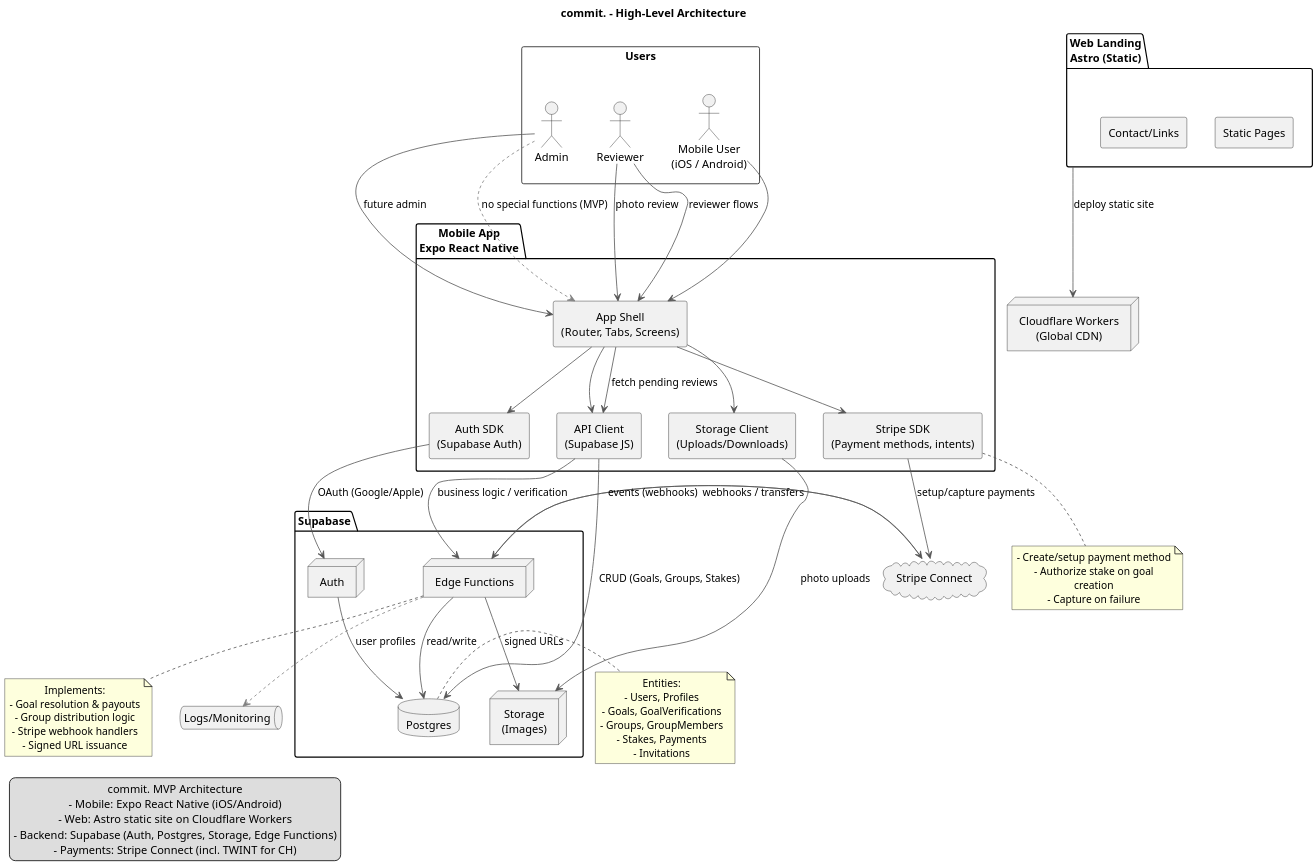
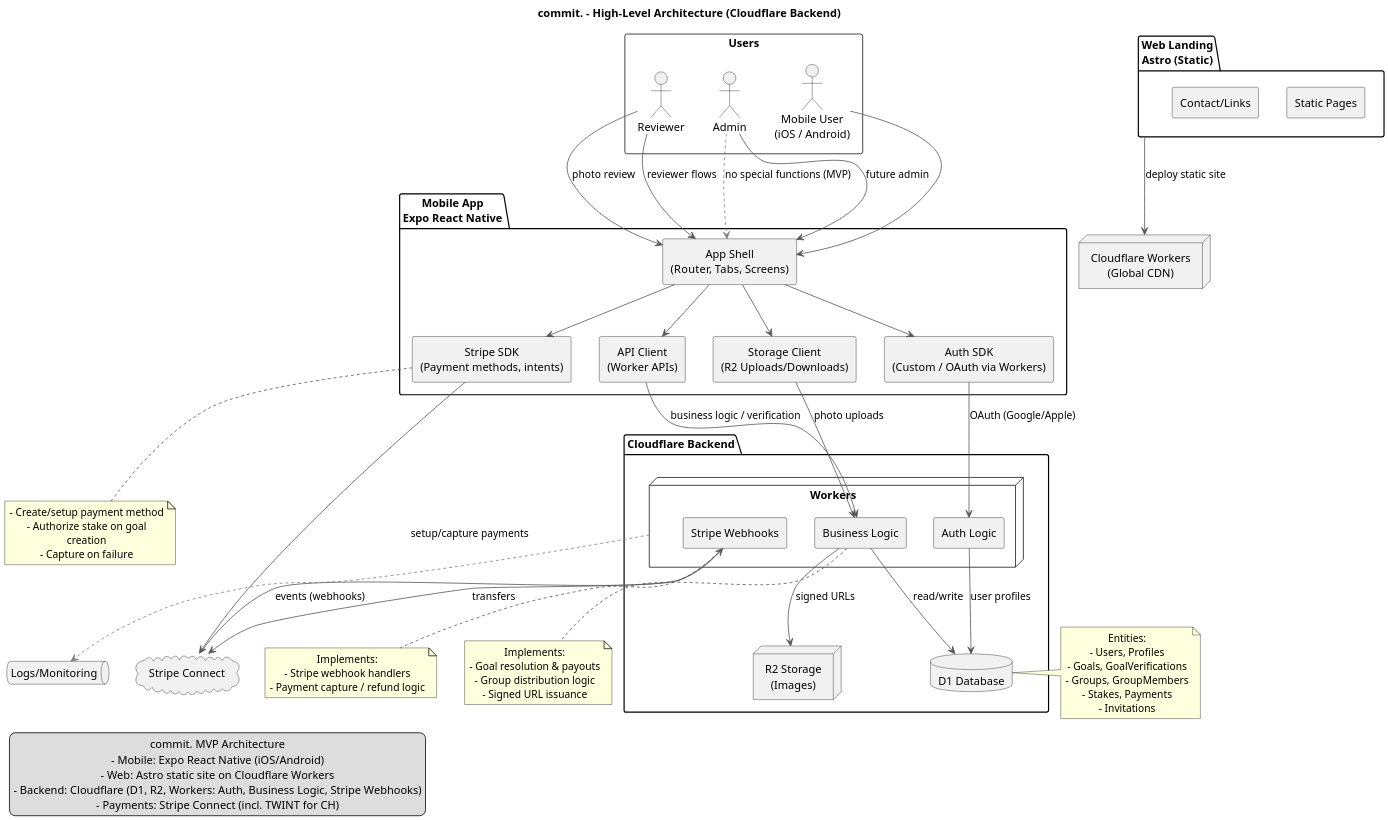
Before and after one commit to getcommitapp/commit: the diagram in docs/architecture.puml, drawn with PlantUML. The commit also changed 6 other files, not shown here.

First line of the commit message:
docs: migrate from supabase to cloudflare (#71)

```diff
--- a/docs/architecture.puml
+++ b/docs/architecture.puml
@@ -1,105 +1,111 @@
 @startuml architecture
-title commit. - High-Level Architecture
+title commit. - High-Level Architecture (Cloudflare Backend)
 
 skinparam componentStyle rectangle
 skinparam shadowing false
 skinparam defaultTextAlignment center
 skinparam wrapWidth 200
 skinparam dpi 180
 skinparam ArrowColor #555555
 skinparam ArrowThickness 1
 skinparam monochrome false
 
 legend left
   commit. MVP Architecture
   - Mobile: Expo React Native (iOS/Android)
   - Web: Astro static site on Cloudflare Workers
-  - Backend: Supabase (Auth, Postgres, Storage, Edge Functions)
+  - Backend: Cloudflare (D1, R2, Workers: Auth, Business Logic, Stripe Webhooks)
   - Payments: Stripe Connect (incl. TWINT for CH)
 endlegend
 
 rectangle "Users" as Users {
   actor "Mobile User\n(iOS / Android)" as MobileUser
   actor "Reviewer" as Reviewer
   actor "Admin" as Admin
 }
 
 package "Mobile App\nExpo React Native" as Mobile {
   [App Shell\n(Router, Tabs, Screens)] as AppShell
-  [Auth SDK\n(Supabase Auth)] as MobileAuth
-  [API Client\n(Supabase JS)] as MobileApi
-  [Storage Client\n(Uploads/Downloads)] as MobileStorage
+  [Auth SDK\n(Custom / OAuth via Workers)] as MobileAuth
+  [API Client\n(Worker APIs)] as MobileApi
+  [Storage Client\n(R2 Uploads/Downloads)] as MobileStorage
   [Stripe SDK\n(Payment methods, intents)] as MobileStripe
 }
 
 package "Web Landing\nAstro (Static)" as Web {
   [Static Pages]
   [Contact/Links]
 }
 
 node "Cloudflare Workers\n(Global CDN)" as CF
 Web -down-> CF : deploy static site
 
-package "Supabase" as Supabase {
-  node "Auth" as Auth
-  database "Postgres" as DB
-  node "Storage\n(Images)" as Storage
-  node "Edge Functions" as Edge
+package "Cloudflare Backend" as Cloudflare {
+  database "D1 Database" as DB
+  node "R2 Storage\n(Images)" as Storage
+  node "Workers" as Edge {
+    [Auth Logic] as Auth
+    [Business Logic] as BizLogic
+    [Stripe Webhooks] as StripeHooks
+  }
 }
 
 cloud "Stripe Connect" as Stripe
 
 MobileUser --> AppShell
 Reviewer --> AppShell : reviewer flows
 Admin --> AppShell : future admin
 
 AppShell --> MobileAuth
 AppShell --> MobileApi
 AppShell --> MobileStorage
 AppShell --> MobileStripe
 
 MobileAuth --> Auth : OAuth (Google/Apple)
-MobileApi --> DB : CRUD (Goals, Groups, Stakes)
-MobileStorage --> Storage : photo uploads
-MobileApi --> Edge : business logic / verification
+MobileStorage --> BizLogic : photo uploads
+MobileApi --> BizLogic : business logic / verification
 
-MobileStripe --> Stripe : setup/capture payments
-Edge --> Stripe : webhooks / transfers
-Stripe --> Edge : events (webhooks)
+MobileStripe -right-> Stripe : setup/capture payments
+Stripe -left-> StripeHooks : events (webhooks)
+StripeHooks -down-> Stripe : transfers
 
-Edge --> DB : read/write
-Edge --> Storage : signed URLs
+BizLogic --> DB : read/write
+BizLogic --> Storage : signed URLs
 Auth --> DB : user profiles
 
 Reviewer --> AppShell : photo review
-AppShell --> MobileApi : fetch pending reviews
 
 Admin -[#gray,dashed]-> AppShell : no special functions (MVP)
 
 queue "Logs/Monitoring" as Observability
 Edge -[#gray,dashed]-> Observability
 
 note right of DB
   Entities:
   - Users, Profiles
   - Goals, GoalVerifications
   - Groups, GroupMembers
   - Stakes, Payments
   - Invitations
 end note
 
-note bottom of Edge
+note bottom of BizLogic
   Implements:
   - Goal resolution & payouts
   - Group distribution logic
+  - Signed URL issuance
+end note
+
+note bottom of StripeHooks
+  Implements:
   - Stripe webhook handlers
-  - Signed URL issuance
+  - Payment capture / refund logic
 end note
 
 note bottom of MobileStripe
   - Create/setup payment method
   - Authorize stake on goal creation
   - Capture on failure
 end note
 
 @enduml
```
